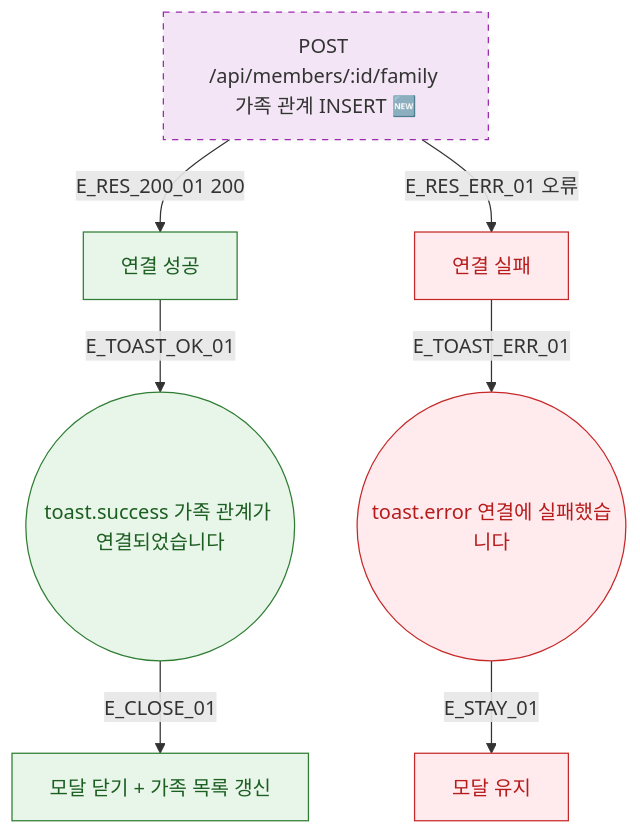
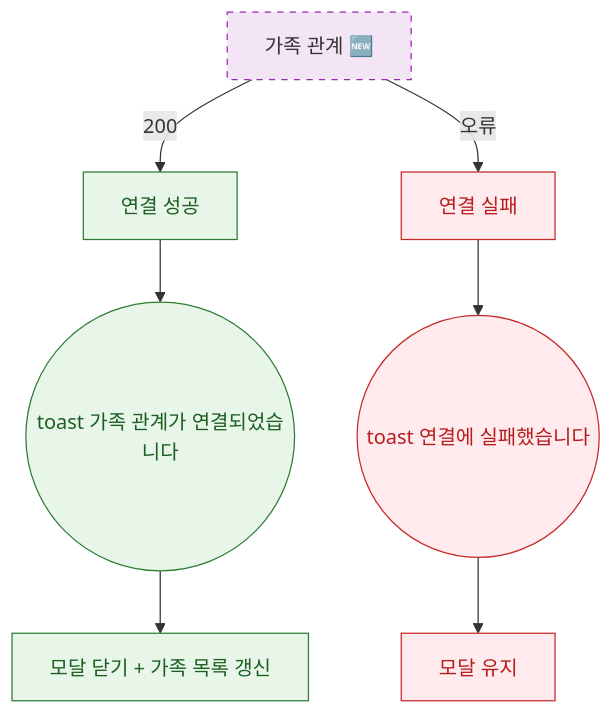
Before and after one commit to dev-spogym/admin-pando: the diagram in docs/다이어그램/D02_회원관리/DLG/DLG-M029_가족연결/M3_결과분기.md, drawn with Mermaid. The commit also changed other lines of this file and 1660 other files, not shown here.

First line of the commit message:
다이어그램: 기획자/클라이언트 납품본으로 정리

````diff
--- a/docs/다이어그램/D02_회원관리/DLG/DLG-M029_가족연결/M3_결과분기.md
+++ b/docs/다이어그램/D02_회원관리/DLG/DLG-M029_가족연결/M3_결과분기.md
@@ -22,21 +20,21 @@
 ```mermaid
 flowchart TD
-  API[POST /api/members/:id/family 가족 관계 INSERT 🆕]
+  API[가족 관계 🆕]
 
-  API -->|E_RES_200_01 200| SUCCESS[연결 성공]
-  API -->|E_RES_ERR_01 오류| FAIL[연결 실패]
+  API -->|200|SUCCESS[연결 성공]
+  API -->|오류|FAIL[연결 실패]
 
-  SUCCESS -->|E_TOAST_OK_01| TOAST_OK((toast.success 가족 관계가 연결되었습니다))
-  TOAST_OK -->|E_CLOSE_01| CLOSE[모달 닫기 + 가족 목록 갱신]
+  SUCCESS --> TOAST_OK((toast 가족 관계가 연결되었습니다))
+  TOAST_OK --> CLOSE[모달 닫기 + 가족 목록 갱신]
 
-  FAIL -->|E_TOAST_ERR_01| TOAST_ERR((toast.error 연결에 실패했습니다))
-  TOAST_ERR -->|E_STAY_01| MODAL_STAY[모달 유지]
+  FAIL --> TOAST_ERR((toast 연결에 실패했습니다))
+  TOAST_ERR --> MODAL_STAY[모달 유지]
 
   classDef newFeature fill:#F3E5F5,stroke:#9C27B0,stroke-dasharray:5 5
-  classDef success    fill:#E8F5E9,stroke:#2E7D32,color:#1B5E20
-  classDef error      fill:#FFEBEE,stroke:#C62828,color:#B71C1C
+  classDef success fill:#E8F5E9,stroke:#2E7D32,color:#1B5E20
+  classDef error fill:#FFEBEE,stroke:#C62828,color:#B71C1C
 
   class API newFeature
   class SUCCESS,TOAST_OK,CLOSE success
   class FAIL,TOAST_ERR,MODAL_STAY error
 ```
````
